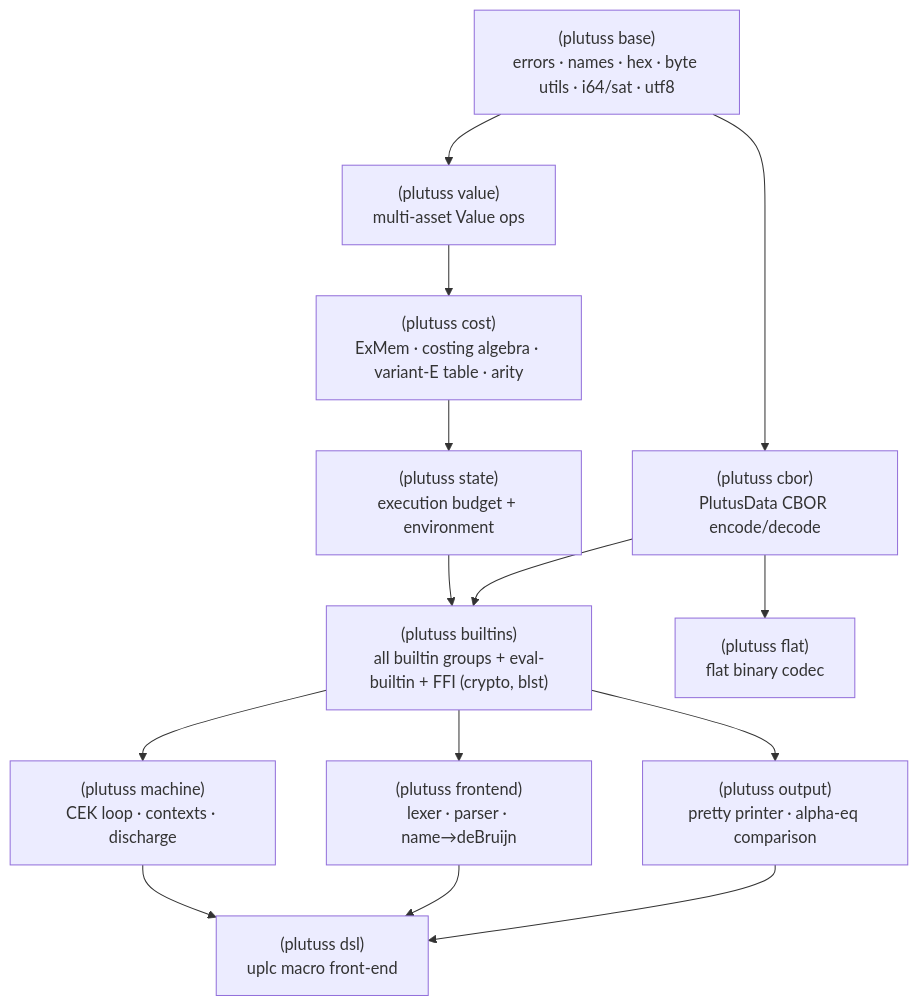
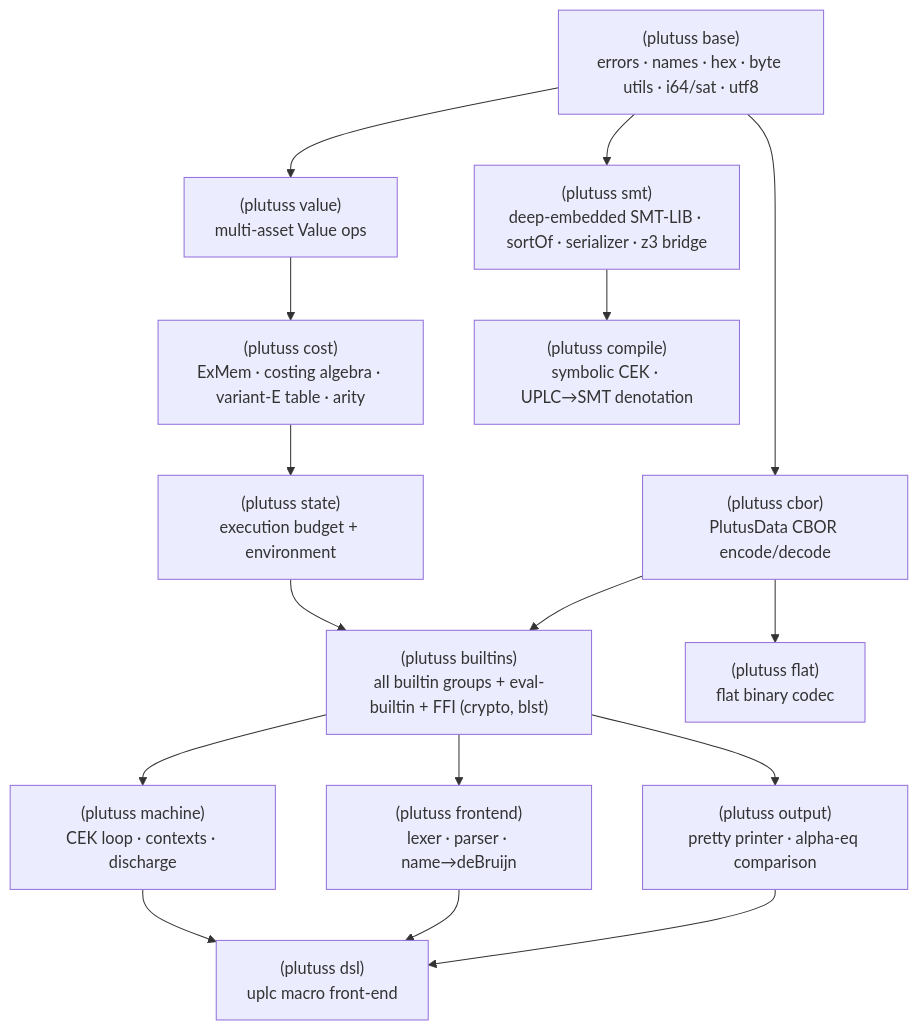
Before and after one commit to SeungheonOh/plutuss: the second of 2 diagrams in README.md, drawn with Mermaid. The commit also changed other lines of this file and 6 other files, not shown here.

First line of the commit message:
Add UPLC -> SMT denotational compiler + z3 tooling

````diff
--- a/README.md
+++ b/README.md
@@ -158,20 +254,23 @@
 ```mermaid
 flowchart TB
   base["(plutuss base)<br/>errors · names · hex · byte utils · i64/sat · utf8"]
   value["(plutuss value)<br/>multi-asset Value ops"]
   cbor["(plutuss cbor)<br/>PlutusData CBOR encode/decode"]
   cost["(plutuss cost)<br/>ExMem · costing algebra · variant-E table · arity"]
   state["(plutuss state)<br/>execution budget + environment"]
   builtins["(plutuss builtins)<br/>all builtin groups + eval-builtin + FFI (crypto, blst)"]
   machine["(plutuss machine)<br/>CEK loop · contexts · discharge"]
   frontend["(plutuss frontend)<br/>lexer · parser · name→deBruijn"]
   output["(plutuss output)<br/>pretty printer · alpha-eq comparison"]
   flat["(plutuss flat)<br/>flat binary codec"]
   dsl["(plutuss dsl)<br/>uplc macro front-end"]
+  smt["(plutuss smt)<br/>deep-embedded SMT-LIB · sortOf · serializer · z3 bridge"]
+  compile["(plutuss compile)<br/>symbolic CEK · UPLC→SMT denotation"]
 
   base --> value --> cost --> state --> builtins --> machine --> dsl
   base --> cbor --> builtins
   builtins --> frontend --> dsl
   builtins --> output --> dsl
   cbor --> flat
+  base --> smt --> compile
 ```
````
